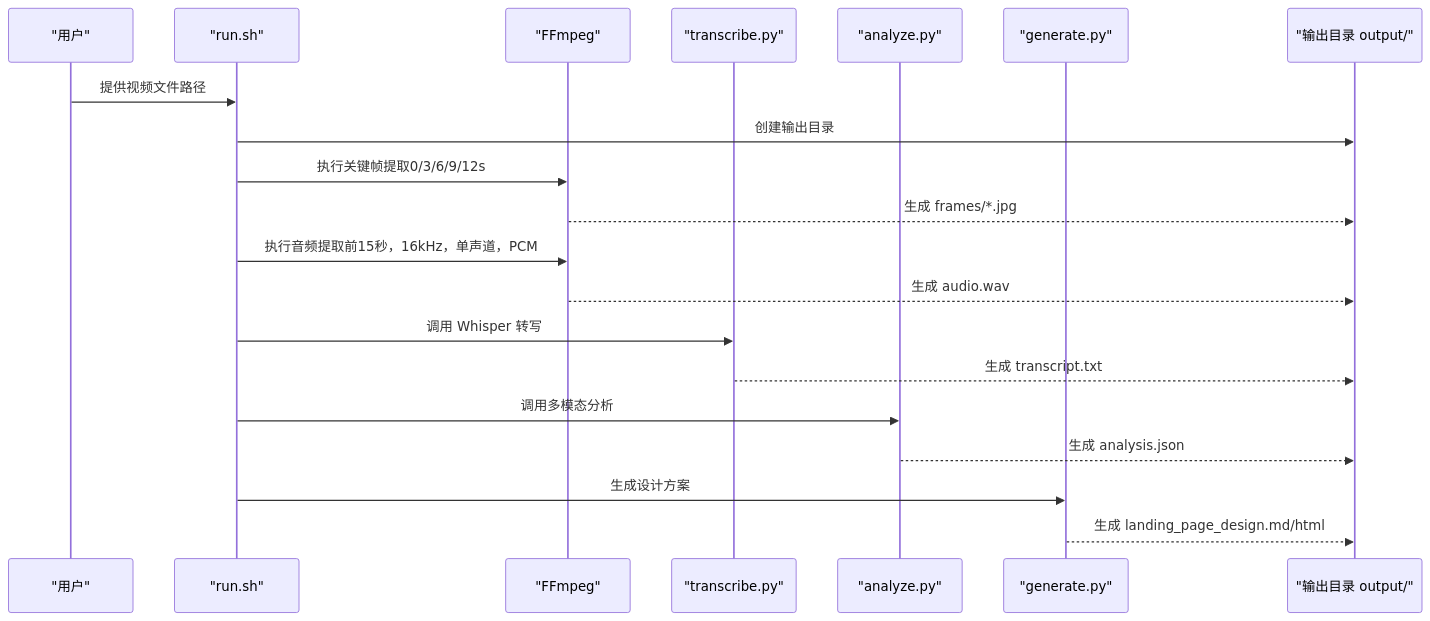
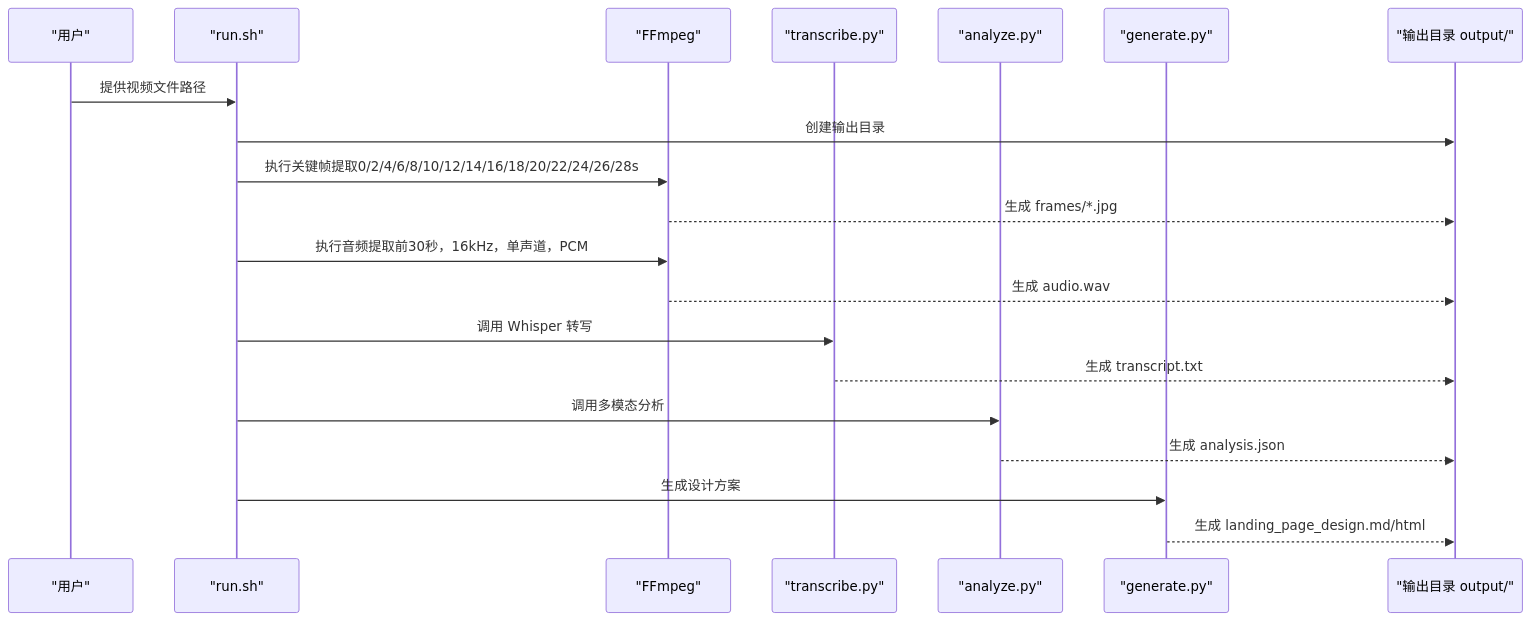
Before and after one commit to WongMingJiu/landingpage-test-hero-page: the second of 8 diagrams in .qoder/repowiki/zh/content/核心模块详解/视频处理模块.md, drawn with Mermaid. The commit also changed other lines of this file and 6 other files, not shown here.

````diff
--- a/.qoder/repowiki/zh/content/核心模块详解/视频处理模块.md
+++ b/.qoder/repowiki/zh/content/核心模块详解/视频处理模块.md
@@ -89,22 +97,22 @@
 ```mermaid
 sequenceDiagram
 participant U as "用户"
 participant R as "run.sh"
 participant F as "FFmpeg"
 participant T as "transcribe.py"
 participant A as "analyze.py"
 participant G as "generate.py"
 participant O as "输出目录 output/"
 U->>R : 提供视频文件路径
 R->>O : 创建输出目录
-R->>F : 执行关键帧提取0/3/6/9/12s
+R->>F : 执行关键帧提取0/2/4/6/8/10/12/14/16/18/20/22/24/26/28s
 F-->>O : 生成 frames/*.jpg
-R->>F : 执行音频提取前15秒，16kHz，单声道，PCM
+R->>F : 执行音频提取前30秒，16kHz，单声道，PCM
 F-->>O : 生成 audio.wav
 R->>T : 调用 Whisper 转写
 T-->>O : 生成 transcript.txt
 R->>A : 调用多模态分析
 A-->>O : 生成 analysis.json
 R->>G : 生成设计方案
 G-->>O : 生成 landing_page_design.md/html
 ```
````
